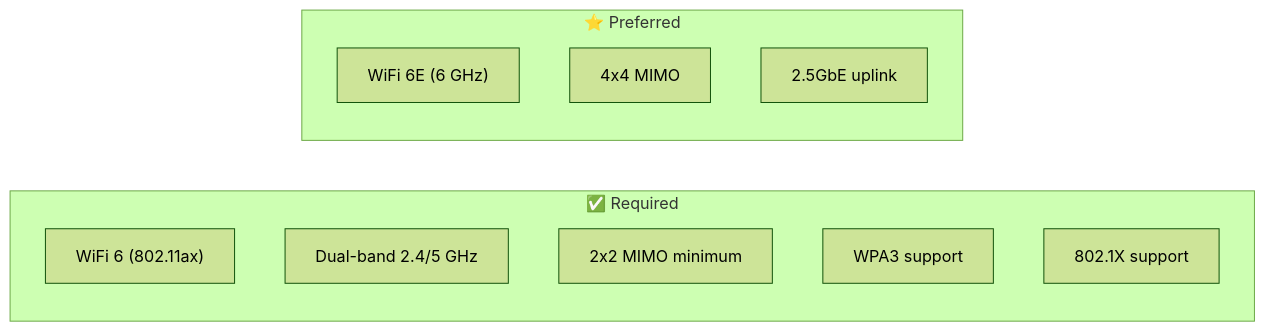
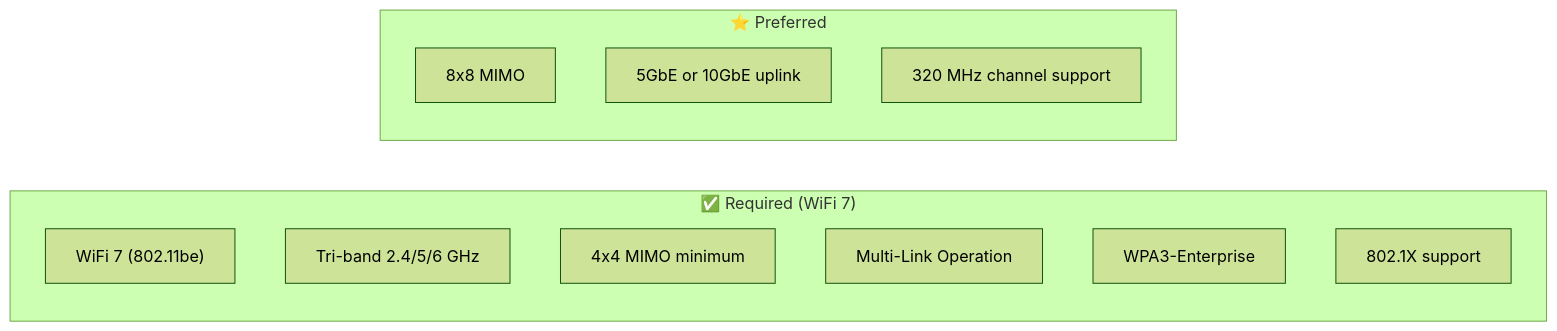
One commit to NewOrleansITI/networkstandards changed the second of 7 diagrams in docs/wifi/access-point-specs.md. Above: the diagram before and after it, drawn with Mermaid (forest theme). The commit also changed other lines of this file, not shown here.

````diff
--- a/docs/wifi/access-point-specs.md
+++ b/docs/wifi/access-point-specs.md
@@ -50,16 +62,17 @@
 ```mermaid
 graph LR
-    subgraph REQUIRED["✅ Required"]
-        A["WiFi 6 (802.11ax)"]
-        B["Dual-band 2.4/5 GHz"]
-        C["2x2 MIMO minimum"]
-        D["WPA3 support"]
-        E["802.1X support"]
+    subgraph REQUIRED["✅ Required (WiFi 7)"]
+        A["WiFi 7 (802.11be)"]
+        B["Tri-band 2.4/5/6 GHz"]
+        C["4x4 MIMO minimum"]
+        D["Multi-Link Operation"]
+        E["WPA3-Enterprise"]
+        F["802.1X support"]
     end
 
     subgraph PREFERRED["⭐ Preferred"]
-        F["WiFi 6E (6 GHz)"]
-        G["4x4 MIMO"]
-        H["2.5GbE uplink"]
+        G["8x8 MIMO"]
+        H["5GbE or 10GbE uplink"]
+        I["320 MHz channel support"]
     end
 ```
````
